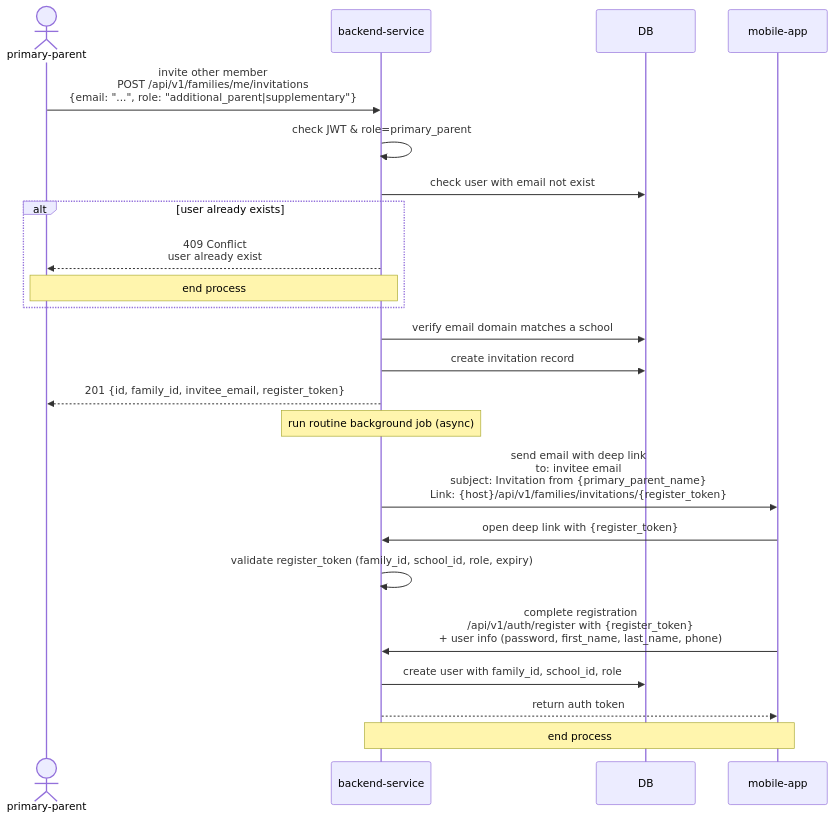
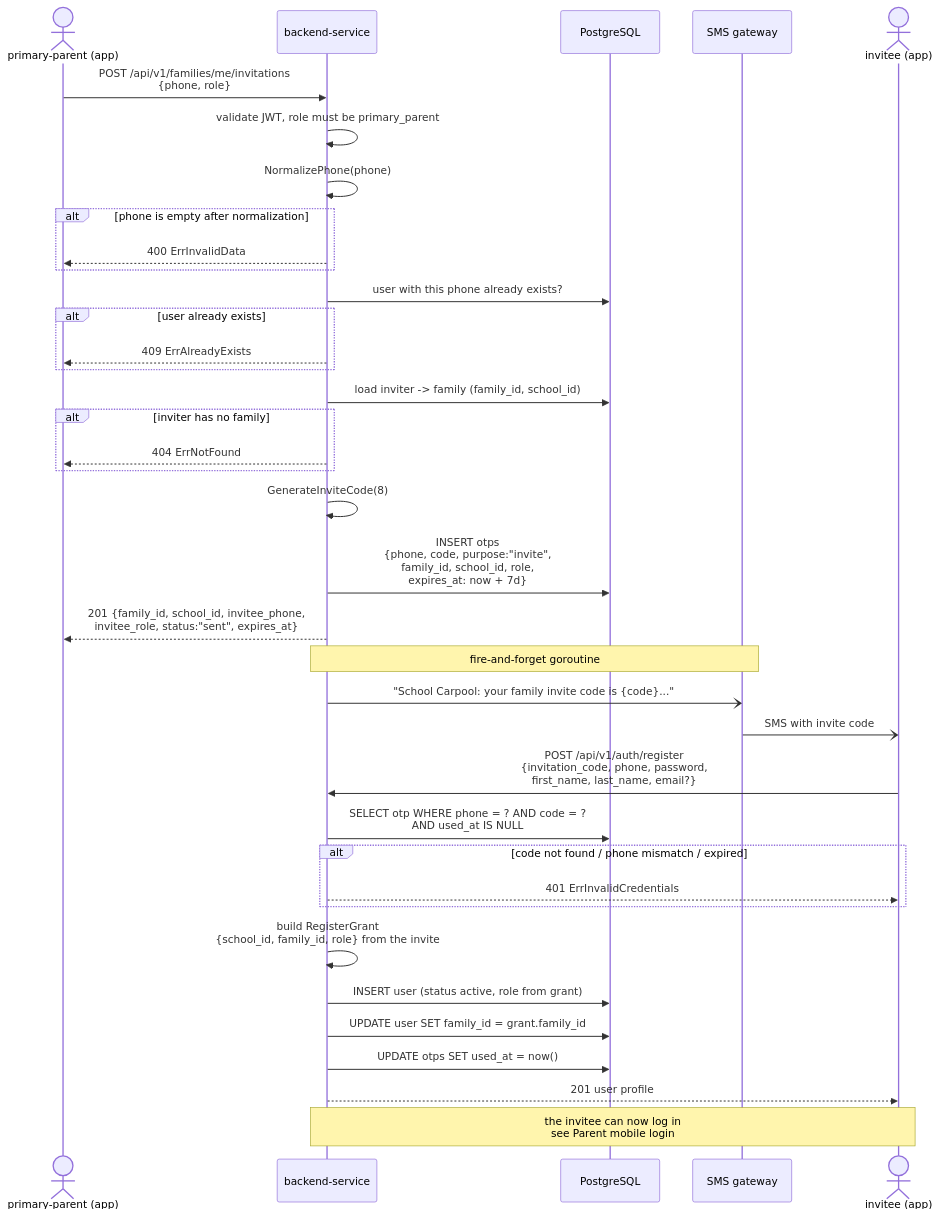
One commit to school-carpool-pickup/school-carpool-pickup.github.io changed the diagram in pages/add-family-members.mdx. Above: the diagram before and after it, drawn with Mermaid. The commit also changed other lines of this file and 4 other files, not shown here.

````diff
--- a/pages/add-family-members.mdx
+++ b/pages/add-family-members.mdx
@@ -7,26 +32,41 @@
 ```mermaid
 sequenceDiagram
-    actor pp as primary-parent
+    actor pp as primary-parent (app)
     participant bs as backend-service
-    participant db as DB
-    participant m as mobile-app
+    participant db as PostgreSQL
+    participant sms as SMS gateway
+    actor iv as invitee (app)
 
-    pp ->> bs: invite other member<br/>POST /api/v1/families/me/invitations<br/>{email: "...", role: "additional_parent|supplementary"}
-    bs ->> bs: check JWT & role=primary_parent
-    bs ->> db: check user with email not exist
+    pp ->> bs: POST /api/v1/families/me/invitations<br/>{phone, role}
+    bs ->> bs: validate JWT, role must be primary_parent
+    bs ->> bs: NormalizePhone(phone)
+    alt phone is empty after normalization
+        bs -->> pp: 400 ErrInvalidData
+    end
+    bs ->> db: user with this phone already exists?
     alt user already exists
-        bs -->> pp: 409 Conflict<br/>user already exist
-        note over pp, bs: end process
+        bs -->> pp: 409 ErrAlreadyExists
     end
-    bs ->> db: verify email domain matches a school
-    bs ->> db: create invitation record
-    bs -->> pp: 201 {id, family_id, invitee_email, register_token}
-    note over bs: run routine background job (async)
-    bs ->> m: send email with deep link<br/>to: invitee email<br/>subject: Invitation from {primary_parent_name}<br/>Link: {host}/api/v1/families/invitations/{register_token}
-    m ->> bs: open deep link with {register_token}
-    bs ->> bs: validate register_token (family_id, school_id, role, expiry)
-    m ->> bs: complete registration<br/>/api/v1/auth/register with {register_token}<br/>+ user info (password, first_name, last_name, phone)
-    bs ->> db: create user with family_id, school_id, role
-    bs -->> m: return auth token
-    note over bs, m: end process
+    bs ->> db: load inviter -> family (family_id, school_id)
+    alt inviter has no family
+        bs -->> pp: 404 ErrNotFound
+    end
+    bs ->> bs: GenerateInviteCode(8)
+    bs ->> db: INSERT otps<br/>{phone, code, purpose:"invite",<br/>family_id, school_id, role,<br/>expires_at: now + 7d}
+    bs -->> pp: 201 {family_id, school_id, invitee_phone,<br/>invitee_role, status:"sent", expires_at}
+    note over bs, sms: fire-and-forget goroutine
+    bs -) sms: "School Carpool: your family invite code is {code}..."
+    sms -) iv: SMS with invite code
+
+    iv ->> bs: POST /api/v1/auth/register<br/>{invitation_code, phone, password,<br/>first_name, last_name, email?}
+    bs ->> db: SELECT otp WHERE phone = ? AND code = ?<br/>AND used_at IS NULL
+    alt code not found / phone mismatch / expired
+        bs -->> iv: 401 ErrInvalidCredentials
+    end
+    bs ->> bs: build RegisterGrant<br/>{school_id, family_id, role} from the invite
+    bs ->> db: INSERT user (status active, role from grant)
+    bs ->> db: UPDATE user SET family_id = grant.family_id
+    bs ->> db: UPDATE otps SET used_at = now()
+    bs -->> iv: 201 user profile
+    note over iv, bs: the invitee can now log in<br/>see Parent mobile login
 ```
````
